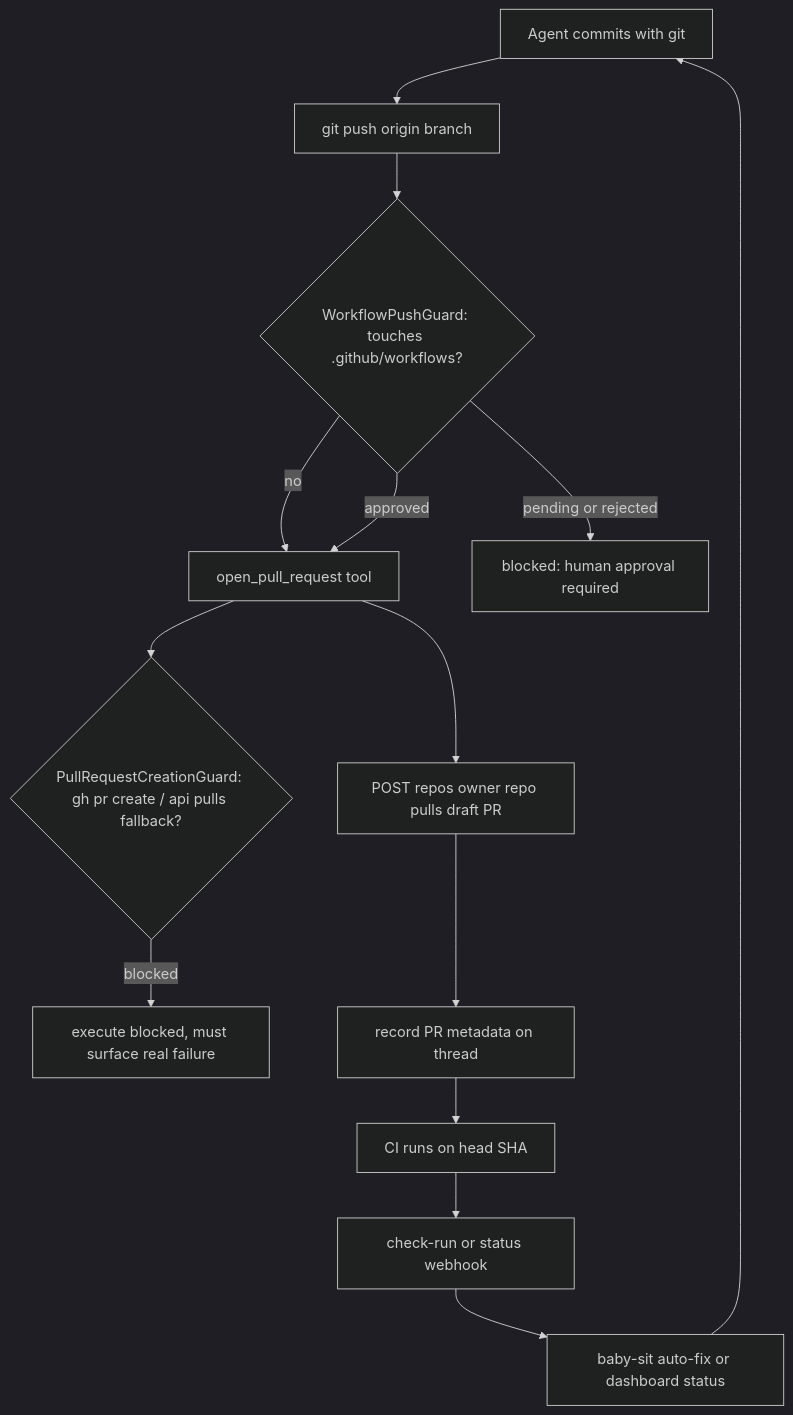
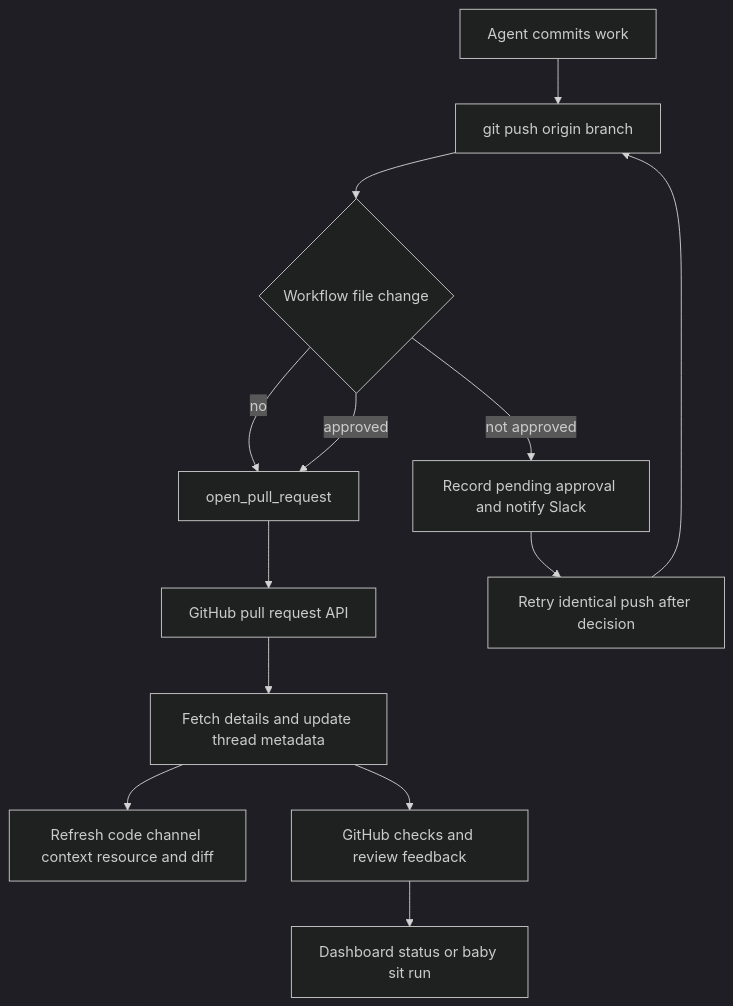
One commit to langchain-ai/open-swe changed the diagram in openwiki/workflows/pr-creation.md. Above: the diagram before and after it, drawn with Mermaid (dark theme). The commit also changed other lines of this file and 21 other files, not shown here.

Commit message:
docs(repo): update OpenWiki

````diff
--- a/openwiki/workflows/pr-creation.md
+++ b/openwiki/workflows/pr-creation.md
@@ -49,16 +41,15 @@
 ```mermaid
 flowchart TD
-    A["Agent commits with git"] --> B["git push origin branch"]
-    B --> WPG{"WorkflowPushGuard: touches .github/workflows?"}
-    WPG -->|"no"| C["open_pull_request tool"]
-    WPG -->|"pending or rejected"| BLOCK["blocked: human approval required"]
-    WPG -->|"approved"| C
-    C --> PCG{"PullRequestCreationGuard: gh pr create / api pulls fallback?"}
-    PCG -->|"blocked"| BLOCK2["execute blocked, must surface real failure"]
-    C --> D["POST repos owner repo pulls draft PR"]
-    D --> E["record PR metadata on thread"]
-    E --> F["CI runs on head SHA"]
-    F --> G["check-run or status webhook"]
-    G --> H["baby-sit auto-fix or dashboard status"]
-    H --> A
+    Commit["Agent commits work"] --> Push["git push origin branch"]
+    Push --> Workflow{"Workflow file change"}
+    Workflow -->|"no"| Open["open_pull_request"]
+    Workflow -->|"approved"| Open
+    Workflow -->|"not approved"| Approval["Record pending approval and notify Slack"]
+    Approval --> Retry["Retry identical push after decision"]
+    Retry --> Push
+    Open --> GitHub["GitHub pull request API"]
+    GitHub --> Telemetry["Fetch details and update thread metadata"]
+    Telemetry --> Channel["Refresh code channel context resource and diff"]
+    Telemetry --> CI["GitHub checks and review feedback"]
+    CI --> Feedback["Dashboard status or baby sit run"]
 ```
````
